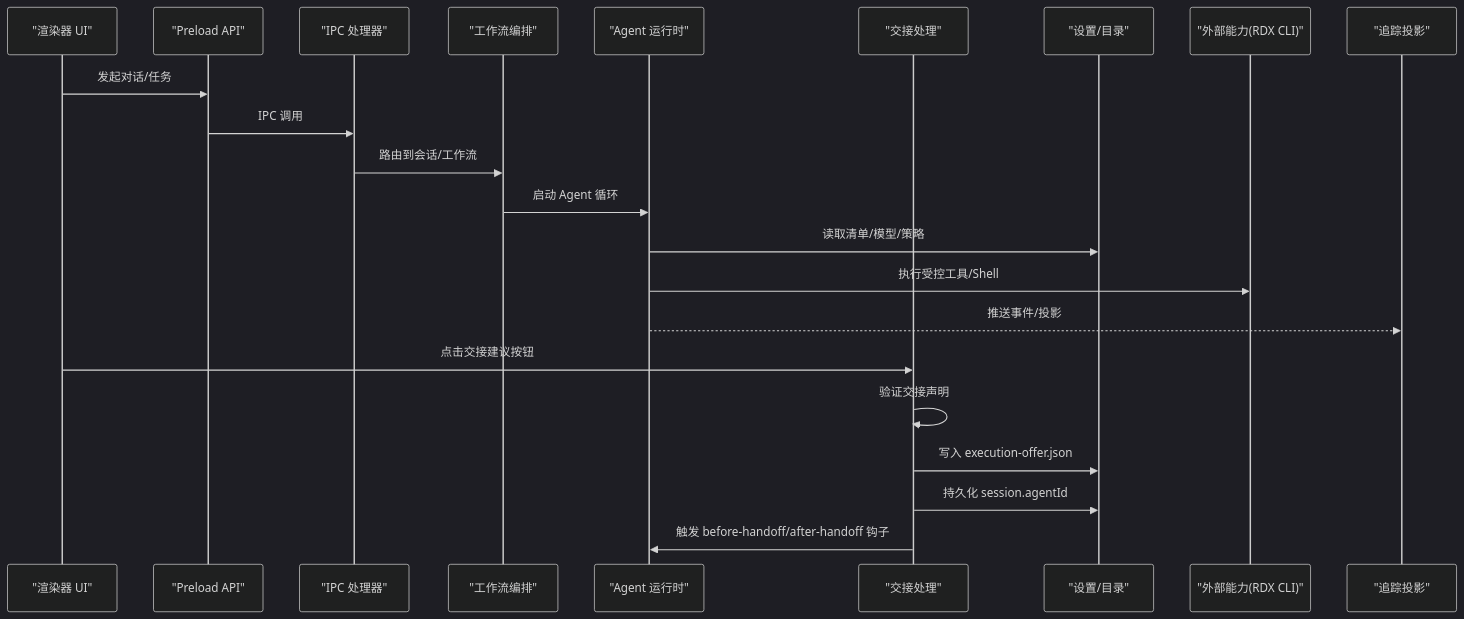
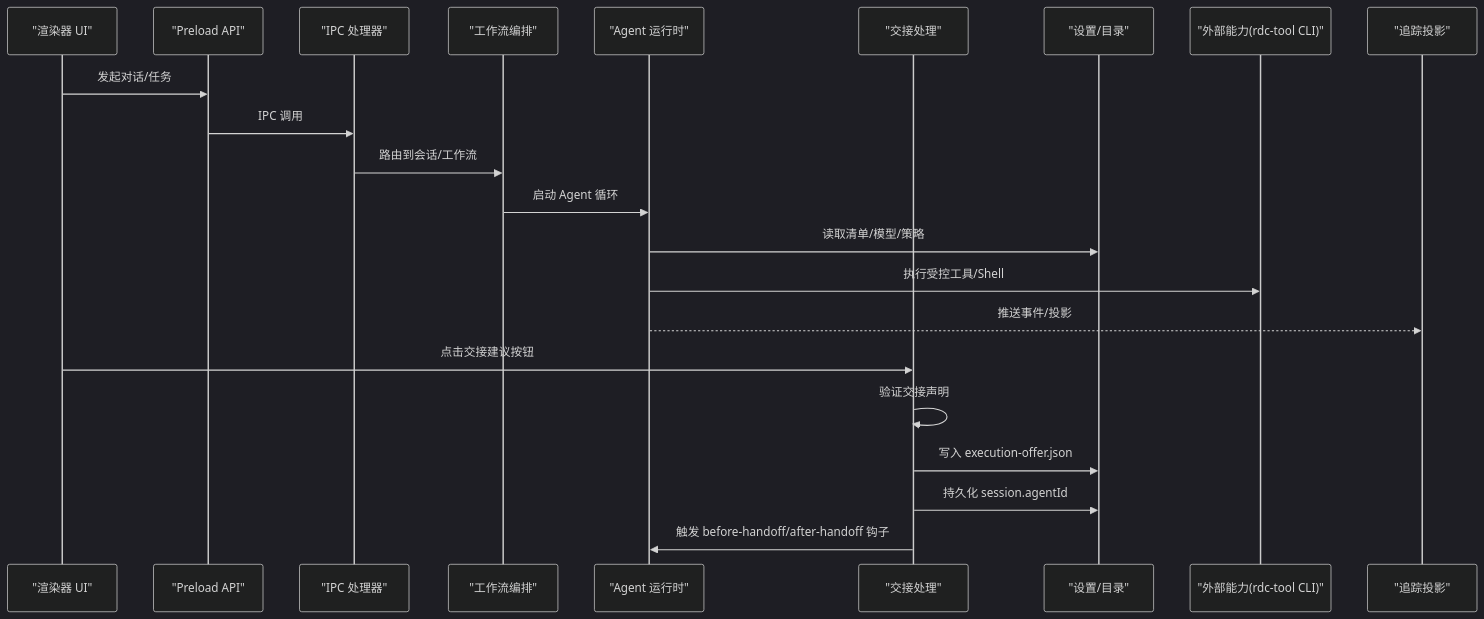
One commit to haolange/RDC-Agent changed the second of 7 diagrams in .qoder/repowiki/zh/content/扩展开发/自定义 Agent 开发/自定义 Agent 开发.md. Above: the diagram before and after it, drawn with Mermaid (dark theme). The commit also changed other lines of this file and 557 other files, not shown here.

First line of the commit message:
Unify RDC-Agent identity and canonical RDC-Tool integration

````diff
--- a/.qoder/repowiki/zh/content/扩展开发/自定义 Agent 开发/自定义 Agent 开发.md
+++ b/.qoder/repowiki/zh/content/扩展开发/自定义 Agent 开发/自定义 Agent 开发.md
@@ -109,24 +109,24 @@
 ```mermaid
 sequenceDiagram
 participant U as "渲染器 UI"
 participant P as "Preload API"
 participant I as "IPC 处理器"
 participant W as "工作流编排"
 participant R as "Agent 运行时"
 participant H as "交接处理"
 participant S as "设置/目录"
-participant X as "外部能力(RDX CLI)"
+participant X as "外部能力(rdc-tool CLI)"
 participant T as "追踪投影"
 U->>P : 发起对话/任务
 P->>I : IPC 调用
 I->>W : 路由到会话/工作流
 W->>R : 启动 Agent 循环
 R->>S : 读取清单/模型/策略
 R->>X : 执行受控工具/Shell
 R-->>T : 推送事件/投影
 U->>H : 点击交接建议按钮
 H->>H : 验证交接声明
 H->>S : 写入 execution-offer.json
 H->>S : 持久化 session.agentId
 H->>R : 触发 before-handoff/after-handoff 钩子
 ```
````
